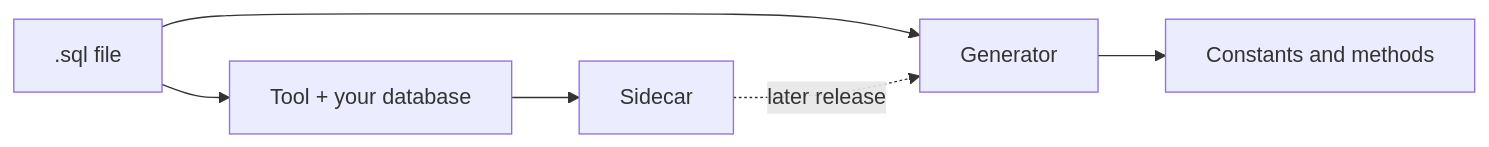
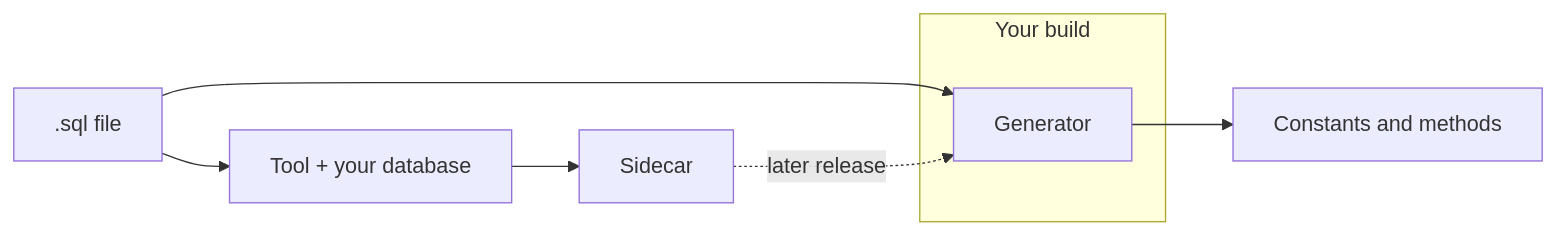
The diagram in docs/manual/concepts.md (mbcrawfo/SqlSource), drawn with Mermaid before and after one commit. The commit also changed other lines of this file and 1 other file, not shown here.

Commit message:
Mark the markers with no effect yet in sql-files.md and fix its wording; show the build in concepts.md

````diff
--- a/docs/manual/concepts.md
+++ b/docs/manual/concepts.md
@@ -5,8 +5,11 @@
 ```mermaid
 flowchart LR
-    sql[".sql file"] --> generator["Generator"]
+    sql[".sql file"] --> generator
+    subgraph build["Your build"]
+        generator["Generator"]
+    end
     generator --> code["Constants and methods"]
     sql --> tool["Tool + your database"]
     tool --> sidecar["Sidecar"]
     sidecar -.->|later release| generator
 ```
````
